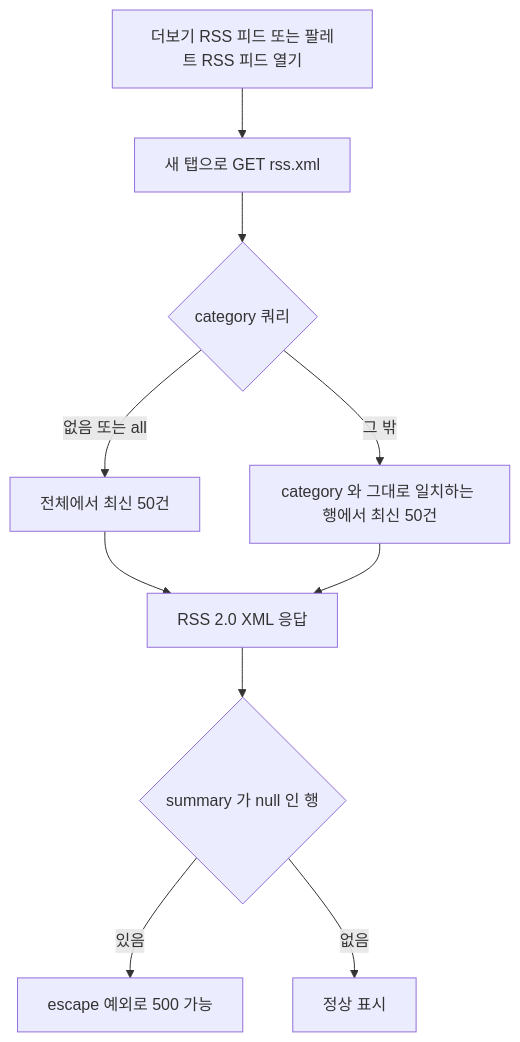
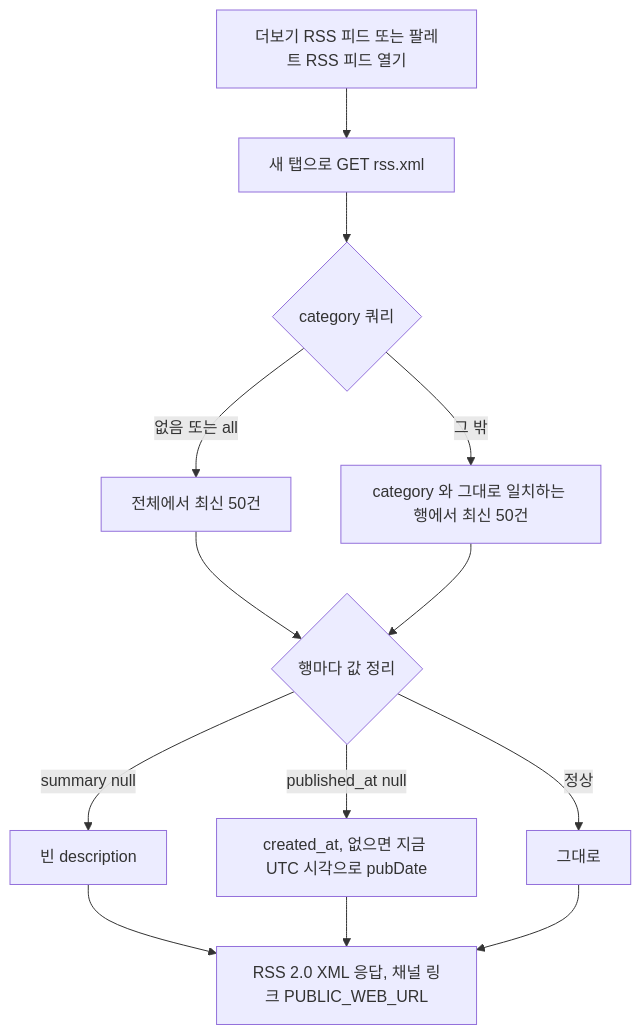
One commit to ozplayground/agent-lens changed diagram 13 of 19 in docs/spec-writer/fsd/01_NEWS_FEED_SPECIFICATION.md. Above: the diagram before and after it, drawn with Mermaid. The commit also changed other lines of this file and 216 other files, not shown here.

````diff
--- a/docs/spec-writer/fsd/01_NEWS_FEED_SPECIFICATION.md
+++ b/docs/spec-writer/fsd/01_NEWS_FEED_SPECIFICATION.md
@@ -985,12 +992,15 @@
 ```mermaid
 flowchart TD
     A["더보기 RSS 피드 또는 팔레트 RSS 피드 열기"] --> B["새 탭으로 GET rss.xml"]
     B --> C{"category 쿼리"}
     C -->|없음 또는 all| D["전체에서 최신 50건"]
     C -->|그 밖| E["category 와 그대로 일치하는 행에서 최신 50건"]
-    D --> F["RSS 2.0 XML 응답"]
-    E --> F
-    F --> G{"summary 가 null 인 행"}
-    G -->|있음| H["escape 예외로 500 가능"]
-    G -->|없음| I["정상 표시"]
+    D --> G{"행마다 값 정리"}
+    E --> G
+    G -->|summary null| H["빈 description"]
+    G -->|published_at null| I["created_at, 없으면 지금 UTC 시각으로 pubDate"]
+    G -->|정상| J["그대로"]
+    H --> F["RSS 2.0 XML 응답, 채널 링크 PUBLIC_WEB_URL"]
+    I --> F
+    J --> F
 ```
````
